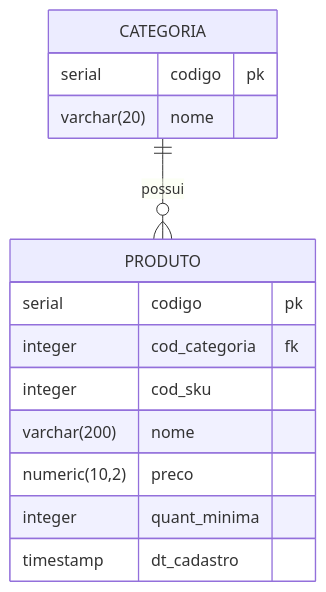
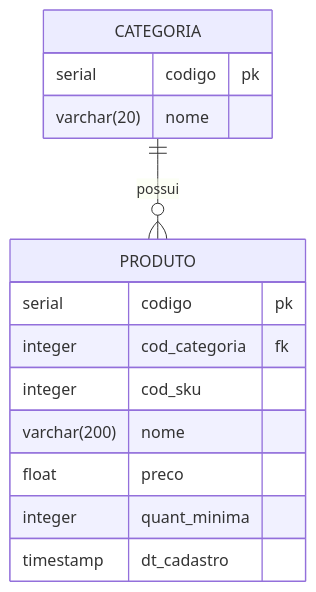
Before and after one commit to profAndreSouza/Material: the second of 2 diagrams in Banco de Dados/Aula 02.md, drawn with Mermaid.

````diff
--- a/Banco de Dados/Aula 02.md
+++ b/Banco de Dados/Aula 02.md
@@ -138,20 +138,20 @@
 ```mermaid
 erDiagram
     CATEGORIA {
         serial codigo pk
         varchar(20) nome
     }
 
     PRODUTO {
         serial codigo pk
         integer cod_categoria fk
         integer cod_sku
         varchar(200) nome
-        numeric(10,2) preco
+        float preco
         integer quant_minima
         timestamp dt_cadastro
     }
 
     CATEGORIA ||--o{ PRODUTO : possui
     
 ```
````
